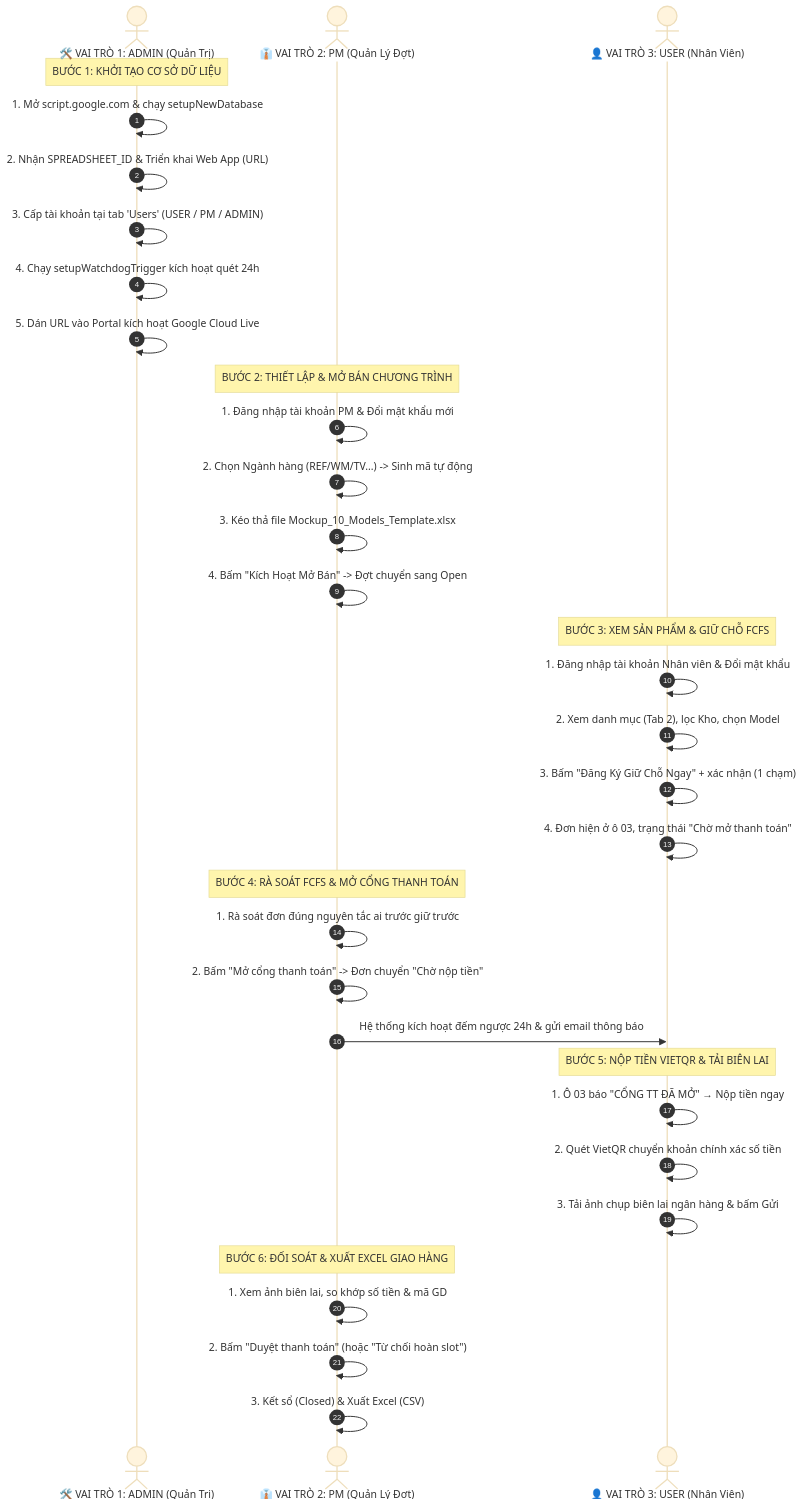
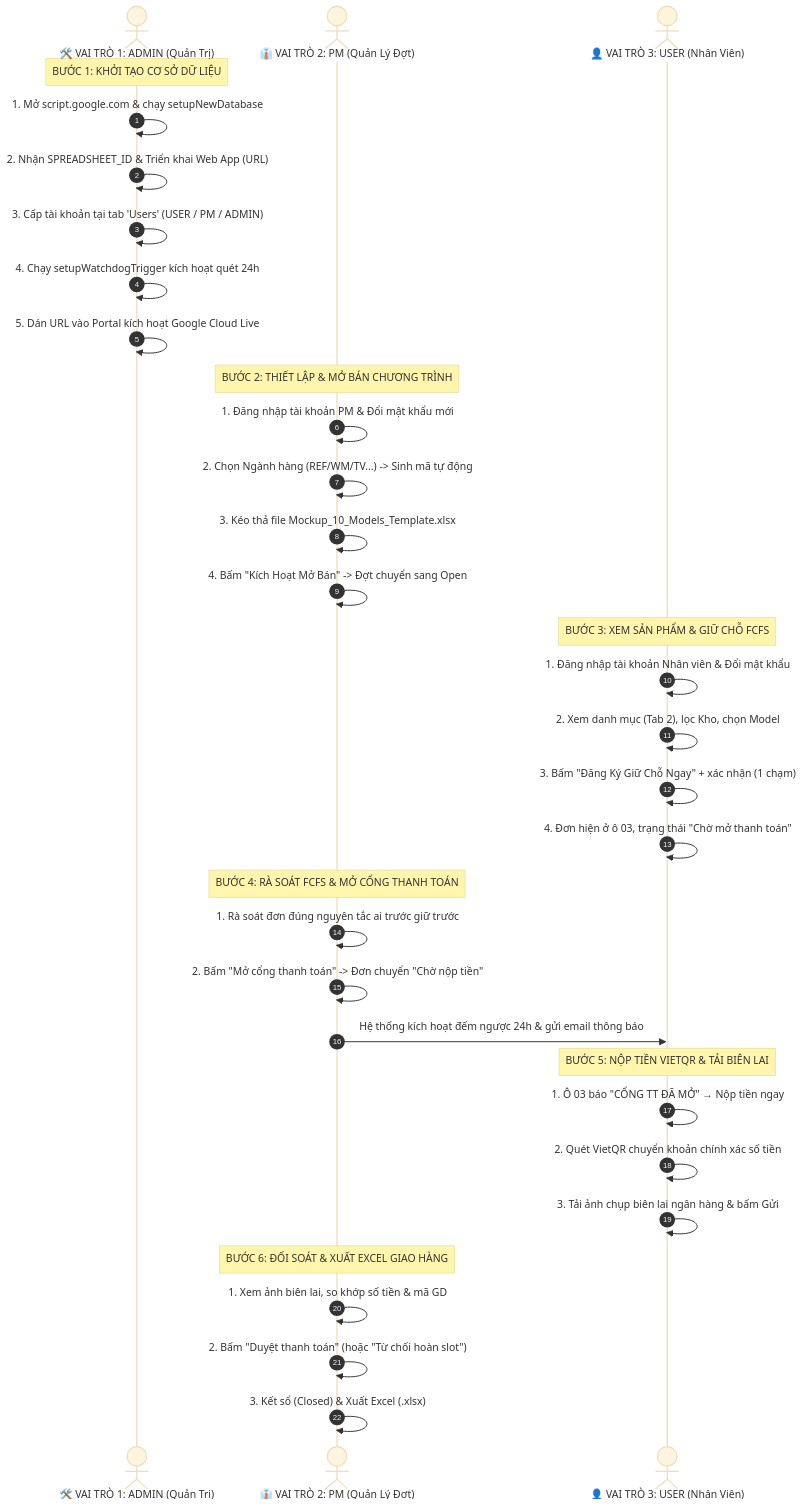
Before and after one commit to ai-coreteam/ai-coreteam.github.io: the diagram in docs/02-user-and-pm-guide/HUONG_DAN_KIEM_THU_THUC_TE_3_VAI_TRO_E2E.md, drawn with Mermaid (base theme). The commit also changed other lines of this file and 6 other files, not shown here.

First line of the commit message:
fix(v2.0.5): "Xuất Excel" downloads a real .xlsx so columns open correctly

````diff
--- a/docs/02-user-and-pm-guide/HUONG_DAN_KIEM_THU_THUC_TE_3_VAI_TRO_E2E.md
+++ b/docs/02-user-and-pm-guide/HUONG_DAN_KIEM_THU_THUC_TE_3_VAI_TRO_E2E.md
@@ -14,41 +14,41 @@
 ```mermaid
 sequenceDiagram
     autonumber
     actor Admin as 🛠️ VAI TRÒ 1: ADMIN (Quản Trị)
     actor PM as 👔 VAI TRÒ 2: PM (Quản Lý Đợt)
     actor User as 👤 VAI TRÒ 3: USER (Nhân Viên)
 
     Note over Admin: BƯỚC 1: KHỞI TẠO CƠ SỞ DỮ LIỆU
     Admin->>Admin: 1. Mở script.google.com & chạy setupNewDatabase
     Admin->>Admin: 2. Nhận SPREADSHEET_ID & Triển khai Web App (URL)
     Admin->>Admin: 3. Cấp tài khoản tại tab 'Users' (USER / PM / ADMIN)
     Admin->>Admin: 4. Chạy setupWatchdogTrigger kích hoạt quét 24h
     Admin->>Admin: 5. Dán URL vào Portal kích hoạt Google Cloud Live
 
     Note over PM: BƯỚC 2: THIẾT LẬP & MỞ BÁN CHƯƠNG TRÌNH
     PM->>PM: 1. Đăng nhập tài khoản PM & Đổi mật khẩu mới
     PM->>PM: 2. Chọn Ngành hàng (REF/WM/TV...) -> Sinh mã tự động
     PM->>PM: 3. Kéo thả file Mockup_10_Models_Template.xlsx
     PM->>PM: 4. Bấm "Kích Hoạt Mở Bán" -> Đợt chuyển sang Open
 
     Note over User: BƯỚC 3: XEM SẢN PHẨM & GIỮ CHỖ FCFS
     User->>User: 1. Đăng nhập tài khoản Nhân viên & Đổi mật khẩu
     User->>User: 2. Xem danh mục (Tab 2), lọc Kho, chọn Model
     User->>User: 3. Bấm "Đăng Ký Giữ Chỗ Ngay" + xác nhận (1 chạm)
     User->>User: 4. Đơn hiện ở ô 03, trạng thái "Chờ mở thanh toán"
 
     Note over PM: BƯỚC 4: RÀ SOÁT FCFS & MỞ CỔNG THANH TOÁN
     PM->>PM: 1. Rà soát đơn đúng nguyên tắc ai trước giữ trước
     PM->>PM: 2. Bấm "Mở cổng thanh toán" -> Đơn chuyển "Chờ nộp tiền"
     PM->>User: Hệ thống kích hoạt đếm ngược 24h & gửi email thông báo
 
     Note over User: BƯỚC 5: NỘP TIỀN VIETQR & TẢI BIÊN LAI
     User->>User: 1. Ô 03 báo "CỔNG TT ĐÃ MỞ" → Nộp tiền ngay
     User->>User: 2. Quét VietQR chuyển khoản chính xác số tiền
     User->>User: 3. Tải ảnh chụp biên lai ngân hàng & bấm Gửi
 
     Note over PM: BƯỚC 6: ĐỐI SOÁT & XUẤT EXCEL GIAO HÀNG
     PM->>PM: 1. Xem ảnh biên lai, so khớp số tiền & mã GD
     PM->>PM: 2. Bấm "Duyệt thanh toán" (hoặc "Từ chối hoàn slot")
-    PM->>PM: 3. Kết sổ (Closed) & Xuất Excel (CSV)
+    PM->>PM: 3. Kết sổ (Closed) & Xuất Excel (.xlsx)
 ```
````
